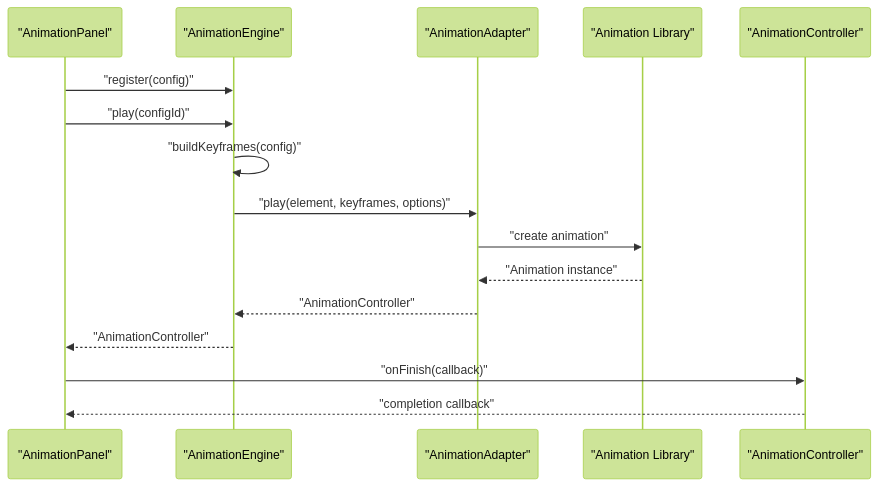
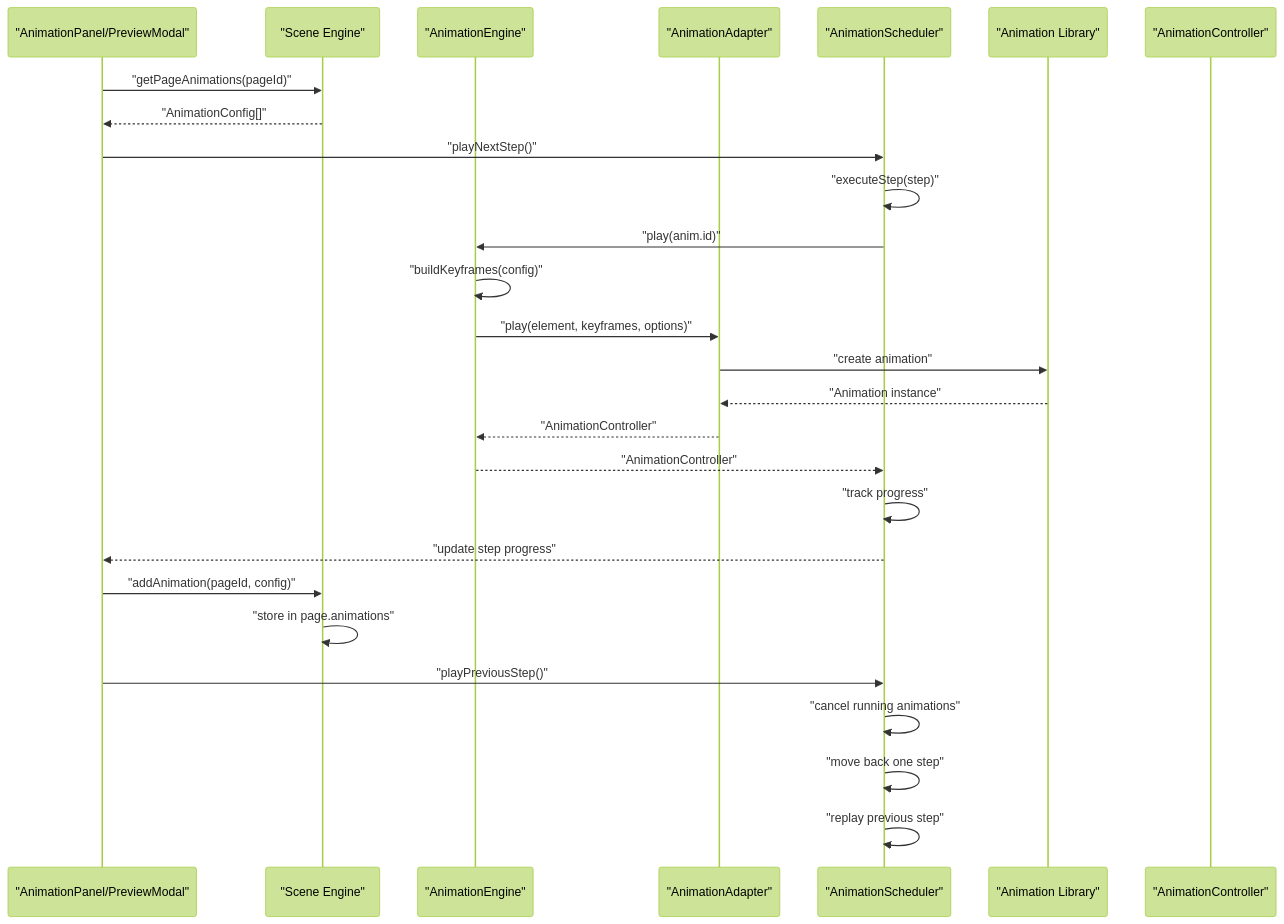
Before and after one commit to Anna0314zy/ai_editor_enginer: the second of 6 diagrams in .qoder/repowiki/en/content/Animation System/Animation System.md, drawn with Mermaid (forest theme). The commit also changed other lines of this file and 12 other files, not shown here.

````diff
--- a/.qoder/repowiki/en/content/Animation System/Animation System.md
+++ b/.qoder/repowiki/en/content/Animation System/Animation System.md
@@ -144,18 +178,29 @@
 ```mermaid
 sequenceDiagram
-participant UI as "AnimationPanel"
+participant UI as "AnimationPanel/PreviewModal"
+participant SCENE as "Scene Engine"
 participant ENGINE as "AnimationEngine"
 participant ADAPTER as "AnimationAdapter"
+participant SCHEDULER as "AnimationScheduler"
 participant LIB as "Animation Library"
 participant CTRL as "AnimationController"
-UI->>ENGINE : "register(config)"
-UI->>ENGINE : "play(configId)"
+UI->>SCENE : "getPageAnimations(pageId)"
+SCENE-->>UI : "AnimationConfig[]"
+UI->>SCHEDULER : "playNextStep()"
+SCHEDULER->>SCHEDULER : "executeStep(step)"
+SCHEDULER->>ENGINE : "play(anim.id)"
 ENGINE->>ENGINE : "buildKeyframes(config)"
 ENGINE->>ADAPTER : "play(element, keyframes, options)"
 ADAPTER->>LIB : "create animation"
 LIB-->>ADAPTER : "Animation instance"
 ADAPTER-->>ENGINE : "AnimationController"
-ENGINE-->>UI : "AnimationController"
-UI->>CTRL : "onFinish(callback)"
-CTRL-->>UI : "completion callback"
+ENGINE-->>SCHEDULER : "AnimationController"
+SCHEDULER->>SCHEDULER : "track progress"
+SCHEDULER-->>UI : "update step progress"
+UI->>SCENE : "addAnimation(pageId, config)"
+SCENE->>SCENE : "store in page.animations"
+UI->>SCHEDULER : "playPreviousStep()"
+SCHEDULER->>SCHEDULER : "cancel running animations"
+SCHEDULER->>SCHEDULER : "move back one step"
+SCHEDULER->>SCHEDULER : "replay previous step"
 ```
````
